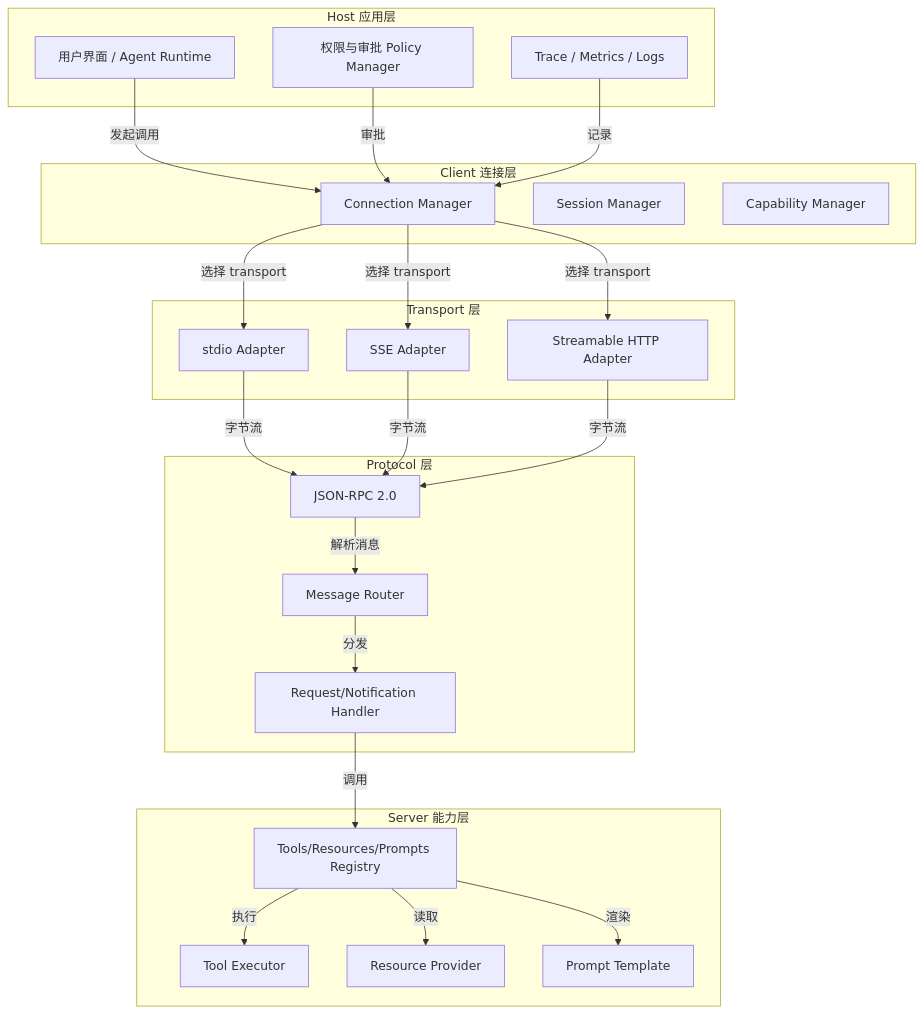
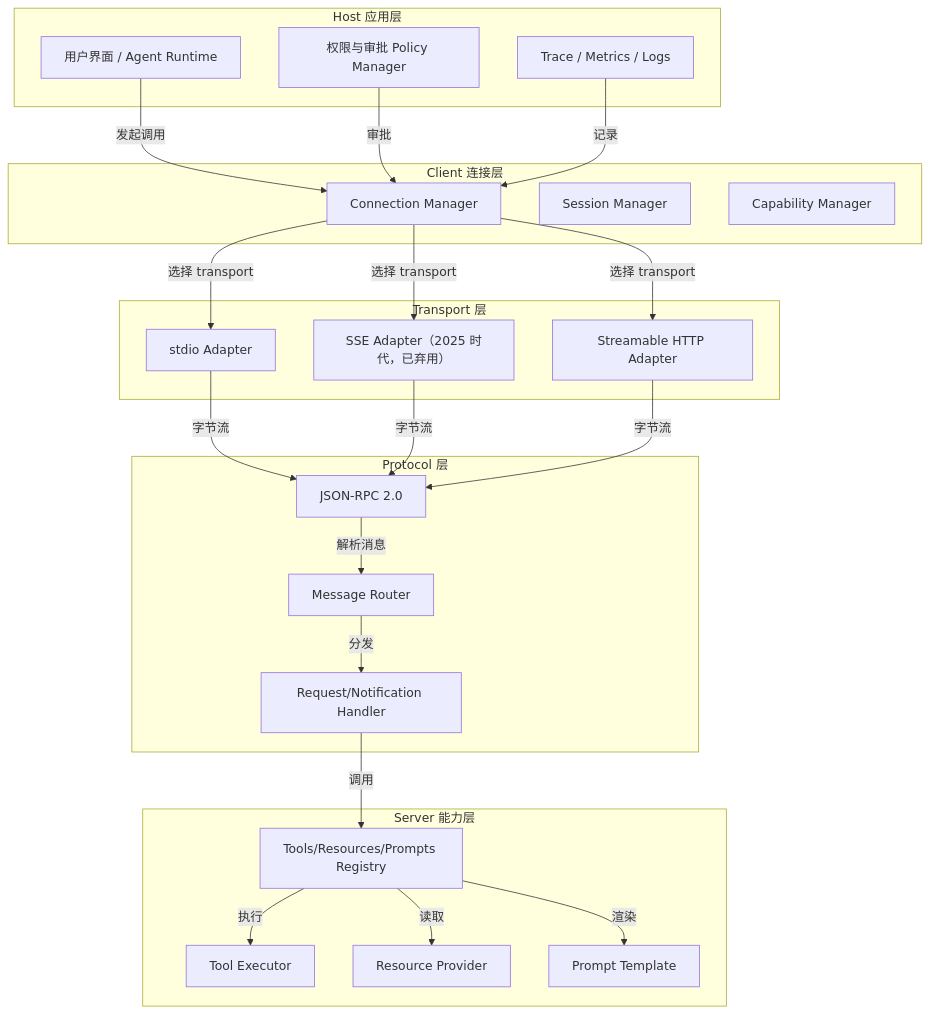
One commit to cypggs/AI_Infra_Handbook changed the first of 6 diagrams in docs/05-agent/mcp/03-architecture.md. Above: the diagram before and after it, drawn with Mermaid. The commit also changed other lines of this file and 11 other files, not shown here.

````diff
--- a/docs/05-agent/mcp/03-architecture.md
+++ b/docs/05-agent/mcp/03-architecture.md
@@ -7,49 +9,49 @@
 ```mermaid
 flowchart TB
     subgraph HostLayer["Host 应用层"]
         UI[用户界面 / Agent Runtime]
         PM[权限与审批 Policy Manager]
         TM[Trace / Metrics / Logs]
     end
 
     subgraph ClientLayer["Client 连接层"]
         CM[Connection Manager]
         SM[Session Manager]
         CapM[Capability Manager]
     end
 
     subgraph TransportLayer["Transport 层"]
         Stdio[stdio Adapter]
-        SSE[SSE Adapter]
         HTTP[Streamable HTTP Adapter]
+        SSE[SSE Adapter（2025 时代，已弃用）]
     end
 
     subgraph ProtocolLayer["Protocol 层"]
         JSONRPC[JSON-RPC 2.0]
         Router[Message Router]
         Handler[Request/Notification Handler]
     end
 
     subgraph ServerLayer["Server 能力层"]
         Registry[Tools/Resources/Prompts Registry]
         Exec[Tool Executor]
         Res[Resource Provider]
         Prompt[Prompt Template]
     end
 
     UI -->|发起调用| CM
     PM -->|审批| CM
     TM -->|记录| CM
     CM -->|选择 transport| Stdio
     CM -->|选择 transport| SSE
     CM -->|选择 transport| HTTP
     Stdio -->|字节流| JSONRPC
     SSE -->|字节流| JSONRPC
     HTTP -->|字节流| JSONRPC
     JSONRPC -->|解析消息| Router
     Router -->|分发| Handler
     Handler -->|调用| Registry
     Registry -->|执行| Exec
     Registry -->|读取| Res
     Registry -->|渲染| Prompt
 ```
````
